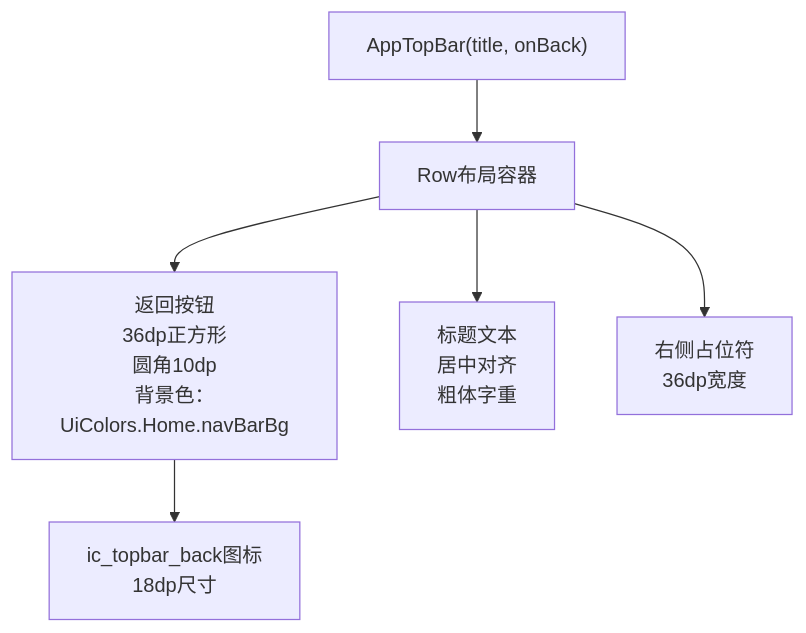
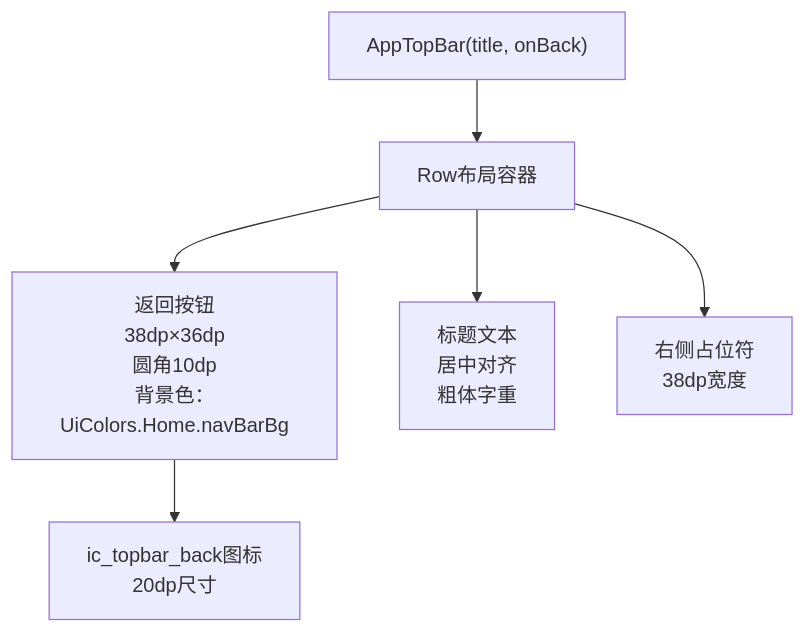
Before and after one commit to wanhongbo/ai-photo-vault: the fifth of 10 diagrams in .qoder/repowiki/zh/content/UI组件系统/UI组件系统.md, drawn with Mermaid. The commit also changed other lines of this file and 9 other files, not shown here.

````diff
--- a/.qoder/repowiki/zh/content/UI组件系统/UI组件系统.md
+++ b/.qoder/repowiki/zh/content/UI组件系统/UI组件系统.md
@@ -244,8 +238,8 @@
 ```mermaid
 flowchart TD
 TopBar["AppTopBar(title, onBack)"] --> RowLayout["Row布局容器"]
-RowLayout --> BackButton["返回按钮<br/>36dp正方形<br/>圆角10dp<br/>背景色：UiColors.Home.navBarBg"]
+RowLayout --> BackButton["返回按钮<br/>38dp×36dp<br/>圆角10dp<br/>背景色：UiColors.Home.navBarBg"]
 RowLayout --> TitleText["标题文本<br/>居中对齐<br/>粗体字重"]
-RowLayout --> Spacer["右侧占位符<br/>36dp宽度"]
-BackButton --> Icon["ic_topbar_back图标<br/>18dp尺寸"]
+RowLayout --> Spacer["右侧占位符<br/>38dp宽度"]
+BackButton --> Icon["ic_topbar_back图标<br/>20dp尺寸"]
 ```
````
